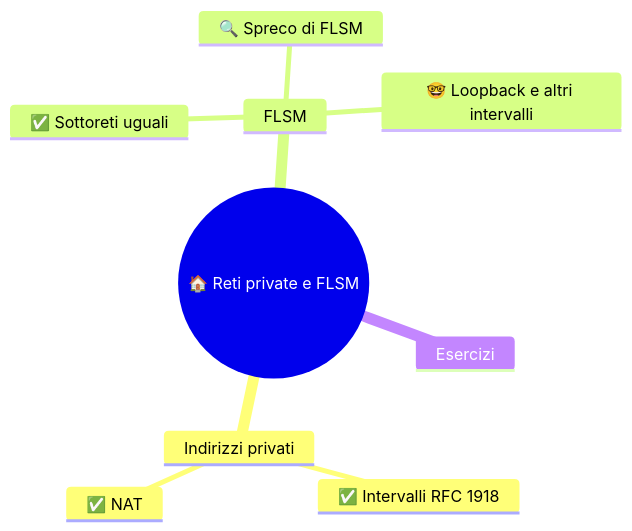
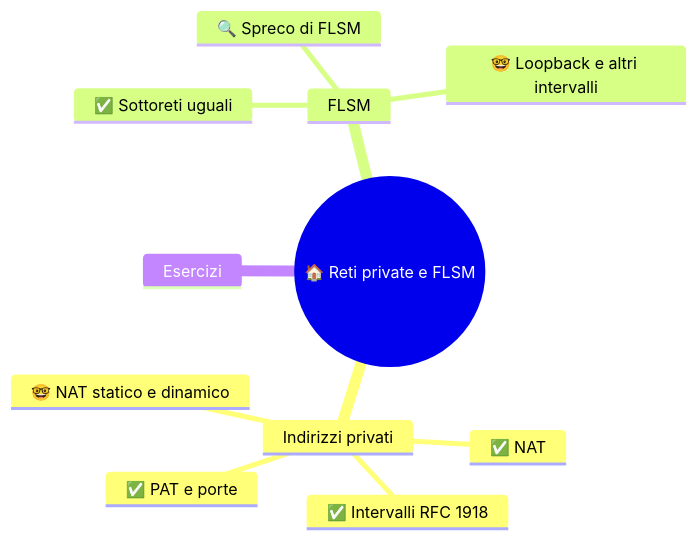
The diagram in 4DI - Sistemi e Reti/1 SETT-OTT/(STU) 4DI sett-ott S4 - Reti private e FLSM.md (Neeqstock/dispense-caramuel), drawn with Mermaid before and after one commit. The commit also changed other lines of this file and 9 other files, not shown here.

````diff
--- a/4DI - Sistemi e Reti/1 SETT-OTT/(STU) 4DI sett-ott S4 - Reti private e FLSM.md
+++ b/4DI - Sistemi e Reti/1 SETT-OTT/(STU) 4DI sett-ott S4 - Reti private e FLSM.md
@@ -15,12 +12,14 @@
 ```mermaid
 mindmap
   root((🏠 Reti private e FLSM))
     Indirizzi privati
       ✅ Intervalli RFC 1918
       ✅ NAT
+      🤓 NAT statico e dinamico
+      ✅ PAT e porte
     FLSM
       ✅ Sottoreti uguali
       🔍 Spreco di FLSM
       🤓 Loopback e altri intervalli
     Esercizi
 ```
````
